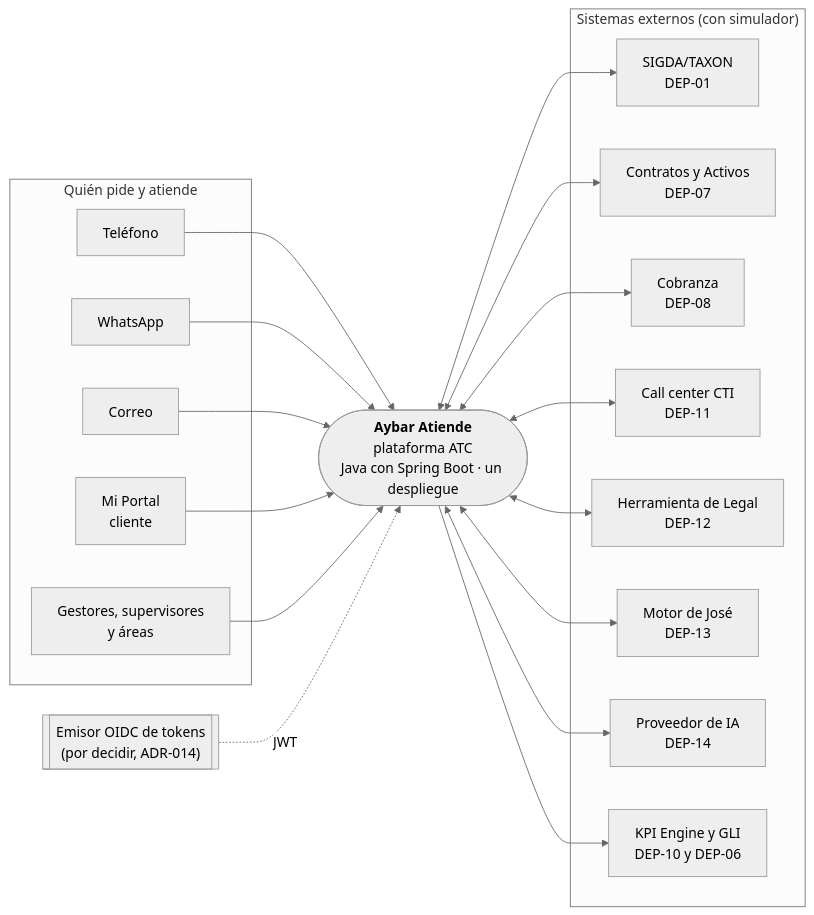
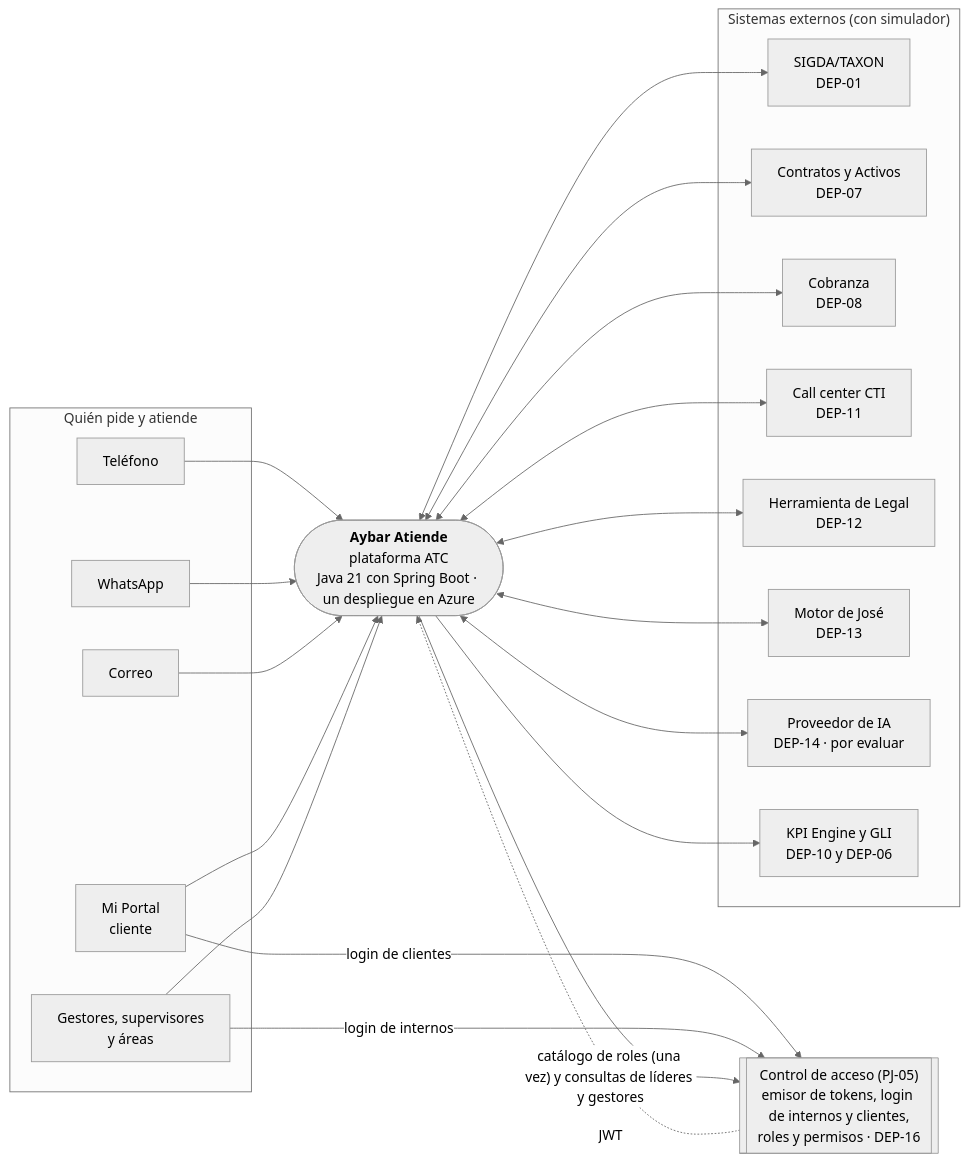
The diagram in propuesta-po/documentacion/paquete-definir-etapa1-v1.3/arquitectura/c4-contexto.mmd (michel-poma-huachihuaco/tyc-mockup), drawn with Mermaid (neutral theme) before and after one commit. The commit also changed 13 other files, not shown here.

First line of the commit message:
docs(propuesta-po): sync Jesus's ADR and architecture updates of 22-oct

```diff
--- a/propuesta-po/documentacion/paquete-definir-etapa1-v1.3/arquitectura/c4-contexto.mmd
+++ b/propuesta-po/documentacion/paquete-definir-etapa1-v1.3/arquitectura/c4-contexto.mmd
@@ -1,35 +1,38 @@
 flowchart LR
   subgraph Quien["Quién pide y atiende"]
     tel[Teléfono]
     wa[WhatsApp]
     mail[Correo]
     portal[Mi Portal<br/>cliente]
     ges[Gestores, supervisores<br/>y áreas]
   end
-  atc(["<b>Aybar Atiende</b><br/>plataforma ATC<br/>Java con Spring Boot · un despliegue"])
+  atc(["<b>Aybar Atiende</b><br/>plataforma ATC<br/>Java 21 con Spring Boot · un despliegue en Azure"])
   subgraph Ext["Sistemas externos (con simulador)"]
     sigda[SIGDA/TAXON<br/>DEP-01]
     con[Contratos y Activos<br/>DEP-07]
     cob[Cobranza<br/>DEP-08]
     cti[Call center CTI<br/>DEP-11]
     leg[Herramienta de Legal<br/>DEP-12]
     jose[Motor de José<br/>DEP-13]
-    ia[Proveedor de IA<br/>DEP-14]
+    ia[Proveedor de IA<br/>DEP-14 · por evaluar]
     kpi[KPI Engine y GLI<br/>DEP-10 y DEP-06]
   end
-  emisor[["Emisor OIDC de tokens<br/>(por decidir, ADR-014)"]]
+  ctrl[["Control de acceso (PJ-05)<br/>emisor de tokens, login de internos y clientes,<br/>roles y permisos · DEP-16"]]
   tel --> atc
   wa --> atc
   mail --> atc
+  portal -- "login de clientes" --> ctrl
+  ges -- "login de internos" --> ctrl
   portal --> atc
   ges --> atc
-  emisor -. JWT .-> atc
+  ctrl -. "JWT" .-> atc
+  atc -- "catálogo de roles (una vez) y consultas de líderes y gestores" --> ctrl
   atc <--> sigda
   atc <--> con
   atc <--> cob
   atc <--> cti
   atc <--> leg
   atc <--> jose
   atc <--> ia
   atc --> kpi
-%% Generado por IA (Claude, 2026-10-19), versión base v1 de Jesús Chávez Elías en Nexora; actualizado por Brayan con IA (Claude, 2026-10-21): alcance de la Etapa 1. — Revisado por: (pendiente)
+%% Generado por IA (Claude, 2026-10-22), versión base v2 de Nexora; actualizado con las decisiones DT-03, DT-04, DT-05 y DT-07 del Líder Técnico: el emisor y el login son de Control de acceso (PJ-05); ATC no administra identidad. — Revisado por: (pendiente)
```
